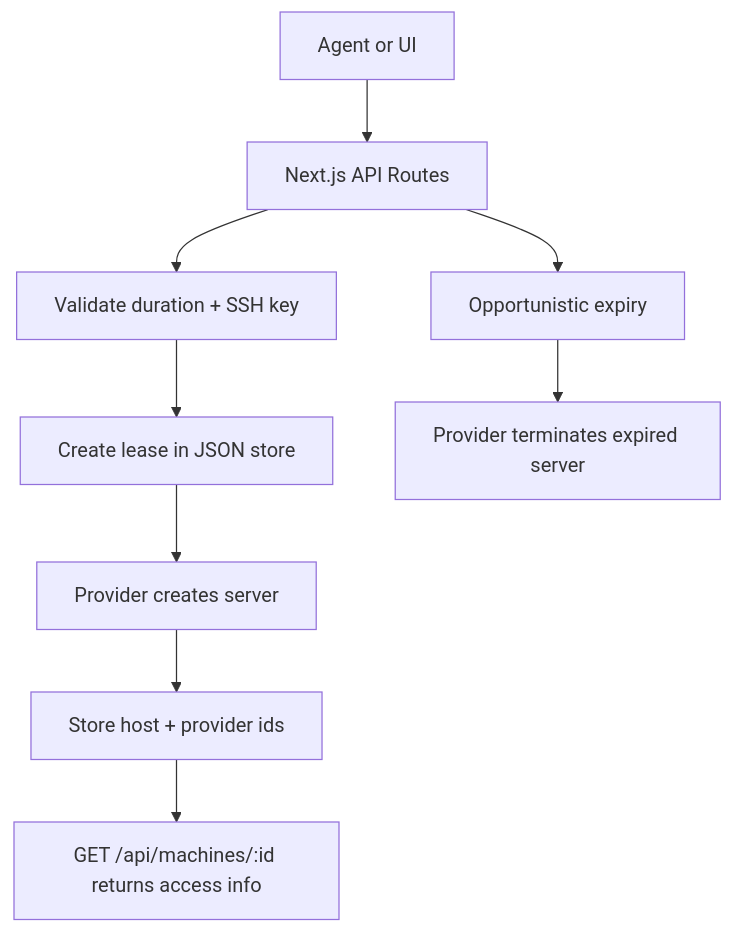
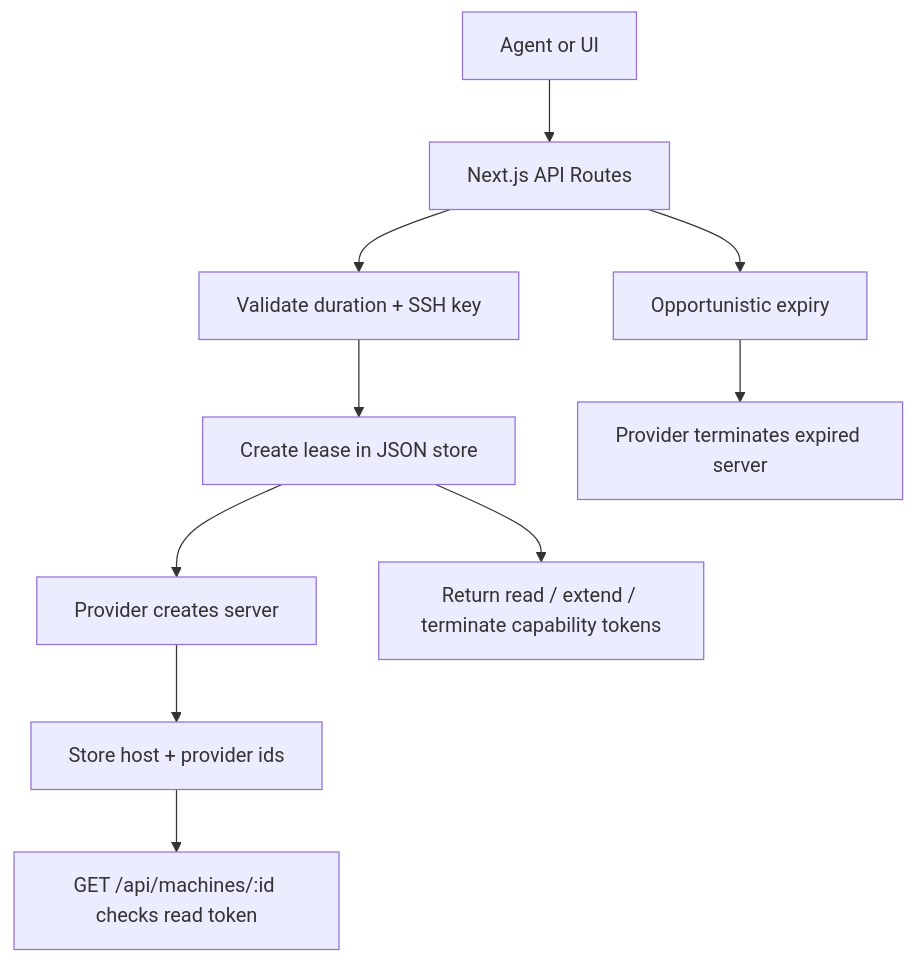
The diagram in README.md (stepandel/compute-store), drawn with Mermaid before and after one commit. The commit also changed other lines of this file and 2 other files, not shown here.

Commit message:
Use capability tokens in storefront UI

````diff
--- a/README.md
+++ b/README.md
@@ -86,11 +98,12 @@
 ```mermaid
 flowchart TD
   A["Agent or UI"] --> B["Next.js API Routes"]
   B --> C["Validate duration + SSH key"]
   C --> D["Create lease in JSON store"]
   D --> E["Provider creates server"]
   E --> F["Store host + provider ids"]
-  F --> G["GET /api/machines/:id returns access info"]
+  D --> J["Return read / extend / terminate capability tokens"]
+  F --> G["GET /api/machines/:id checks read token"]
   B --> H["Opportunistic expiry"]
   H --> I["Provider terminates expired server"]
 ```
````
